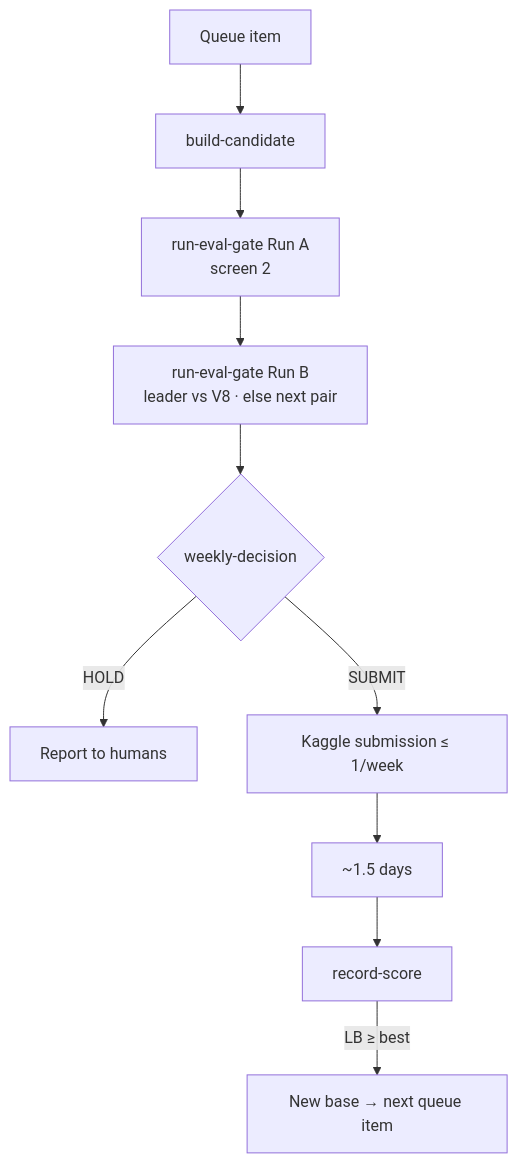
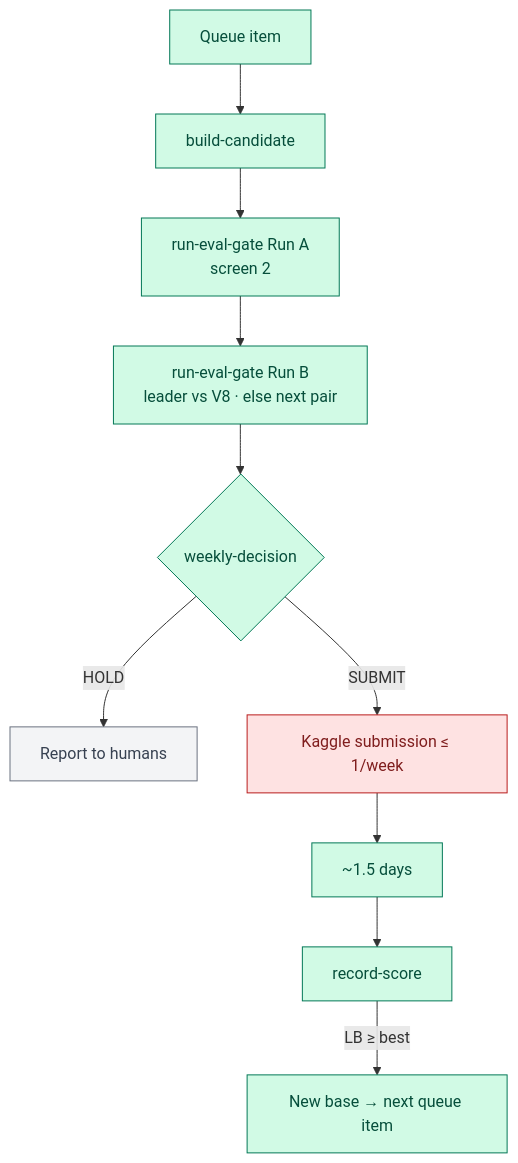
The diagram in factory/README.md (khaosans/noisegate-gemma4-factory), drawn with Mermaid before and after one commit. The commit also changed other lines of this file and 7 other files, not shown here.

First line of the commit message:
release: v1.0.0-beta.1 + Mermaid color legends

````diff
--- a/factory/README.md
+++ b/factory/README.md
@@ -9,12 +9,19 @@
 ```mermaid
 flowchart TB
   Q[Queue item] --> BC[build-candidate]
   BC --> GA[run-eval-gate Run A<br/>screen 2]
   GA --> GB[run-eval-gate Run B<br/>leader vs V8 · else next pair]
   GB --> WD{weekly-decision}
   WD -->|HOLD| RH[Report to humans]
   WD -->|SUBMIT| KS[Kaggle submission ≤ 1/week]
   KS --> Wait[~1.5 days]
   Wait --> RS[record-score]
   RS -->|LB ≥ best| NB[New base → next queue item]
+
+  classDef factory fill:#D1FAE5,stroke:#047857,color:#064E3B
+  classDef hitl fill:#FEE2E2,stroke:#B91C1C,color:#7F1D1D
+  classDef hold fill:#F3F4F6,stroke:#6B7280,color:#374151
+  class Q,BC,GA,GB,WD,Wait,RS,NB factory
+  class KS hitl
+  class RH hold
 ```
````
